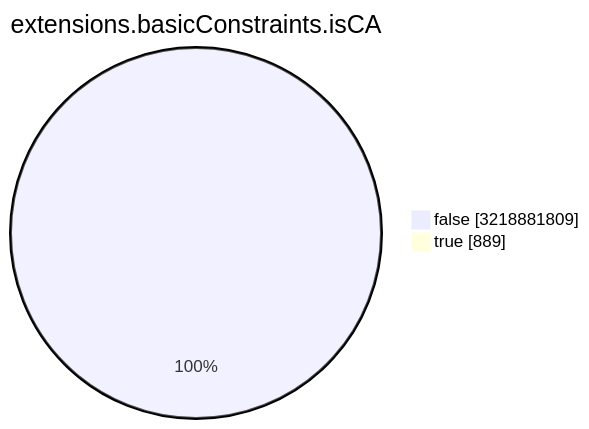
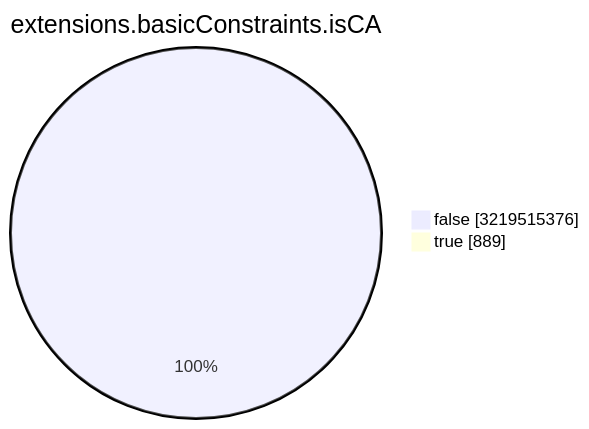
One commit to christiankrug/ctmonitor_visualization changed the seventh of 15 diagrams in TOTAL/README.md. Above: the diagram before and after it, drawn with Mermaid. The commit also changed other lines of this file, not shown here.

````diff
--- a/TOTAL/README.md
+++ b/TOTAL/README.md
@@ -3088,6 +3088,6 @@
 ```mermaid
 pie showData
 title extensions.basicConstraints.isCA
-"false" :3218881809
+"false" :3219515376
 "true" :889
 ```
````
